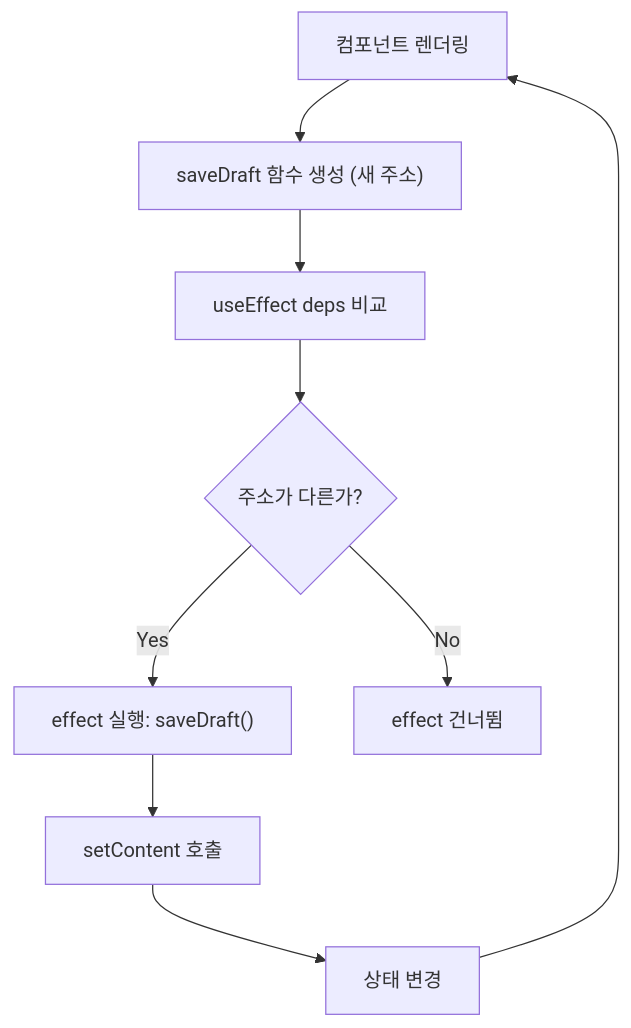
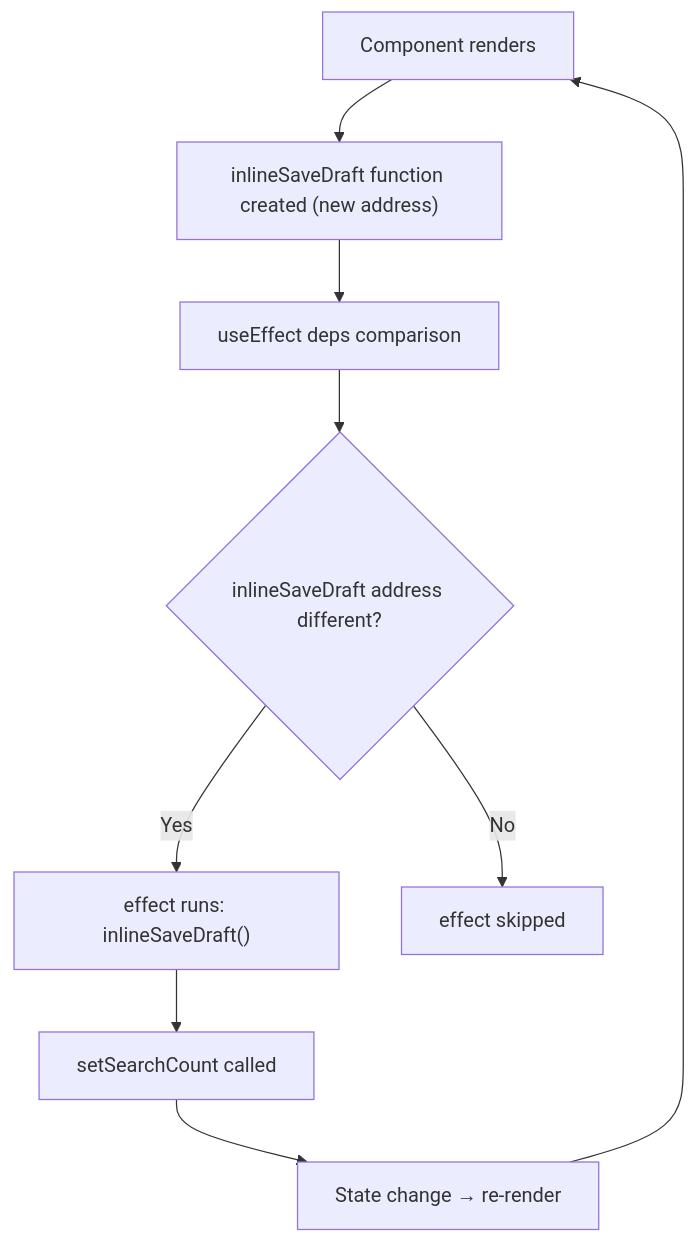
The eighth of 16 diagrams in markdown/2026-01-18/en/content.mdx (codefug/codefug.github.io), drawn with Mermaid before and after one commit. The commit also changed other lines of this file and 1 other file, not shown here.

````diff
--- a/markdown/2026-01-18/en/content.mdx
+++ b/markdown/2026-01-18/en/content.mdx
@@ -385,11 +392,11 @@
 ```mermaid
 flowchart TD
-    A[컴포넌트 렌더링] --> B["saveDraft 함수 생성 (새 주소)"]
-    B --> C["useEffect deps 비교"]
-    C --> D{"주소가 다른가?"}
-    D -->|Yes| E["effect 실행: saveDraft()"]
-    E --> F["setContent 호출"]
-    F --> G["상태 변경"]
+    A["Component renders"] --> B["inlineSaveDraft function created (new address)"]
+    B --> C["useEffect deps comparison"]
+    C --> D{"inlineSaveDraft address different?"}
+    D -->|Yes| E["effect runs: inlineSaveDraft()"]
+    E --> F["setSearchCount called"]
+    F --> G["State change → re-render"]
     G --> A
-    D -->|No| H["effect 건너뜀"]
+    D -->|No| H["effect skipped"]
 ```
````
